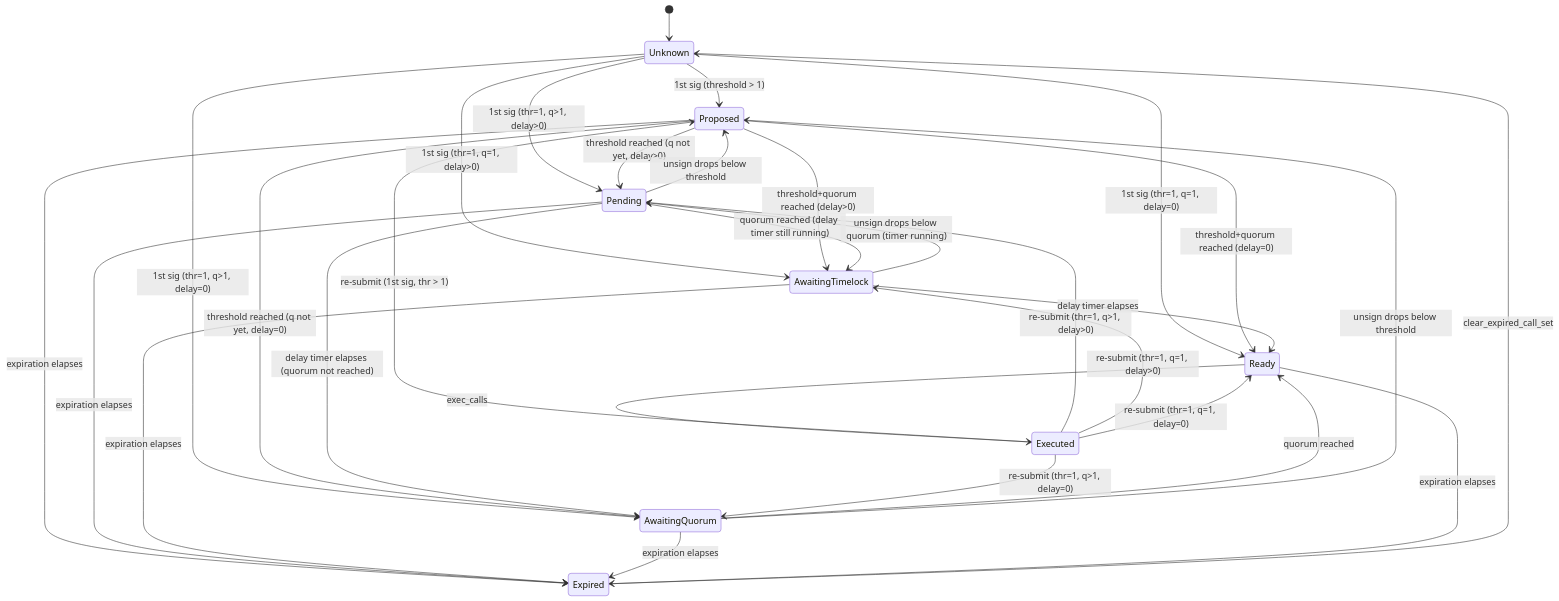
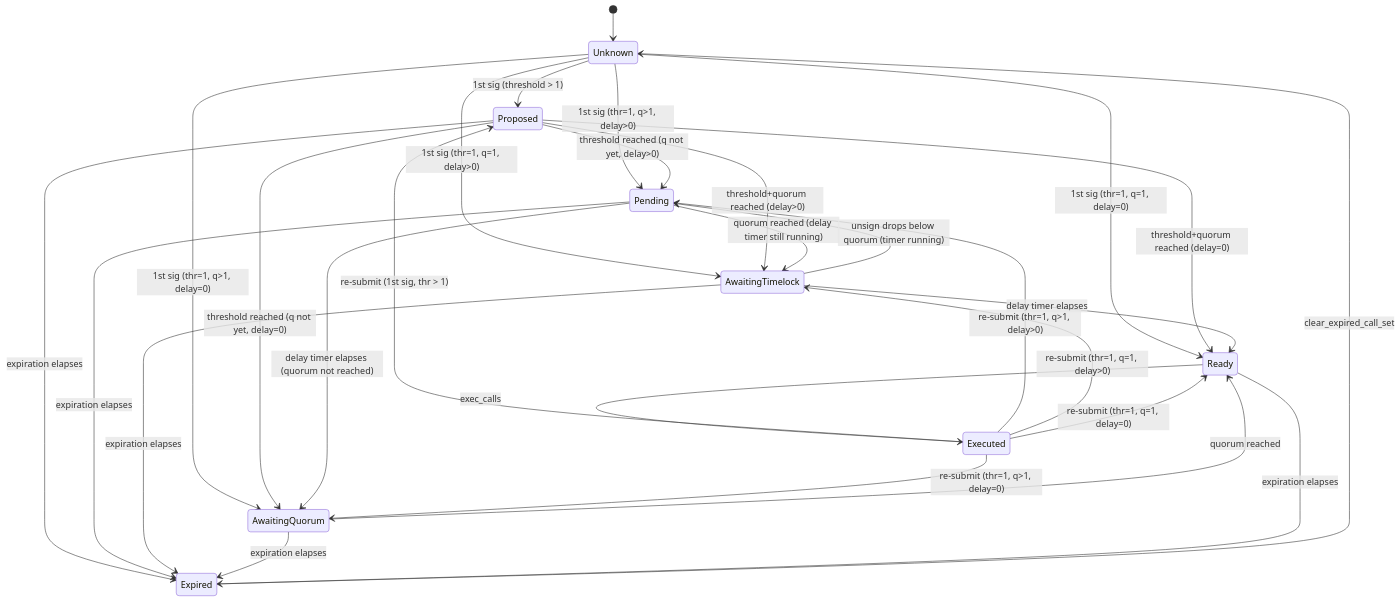
The second of 2 diagrams in packages/delayed_executor/docs/SPEC.md (starkware-libs/starkware-starknet-utils), drawn with Mermaid before and after one commit. The commit also changed other lines of this file and 14 other files, not shown here.

````diff
--- a/packages/delayed_executor/docs/SPEC.md
+++ b/packages/delayed_executor/docs/SPEC.md
@@ -166,38 +169,36 @@
 ```mermaid
 stateDiagram-v2
     [*] --> Unknown
     Unknown --> Proposed: 1st sig (threshold > 1)
     Unknown --> Pending: 1st sig (thr=1, q>1, delay>0)
     Unknown --> AwaitingQuorum: 1st sig (thr=1, q>1, delay=0)
     Unknown --> AwaitingTimelock: 1st sig (thr=1, q=1, delay>0)
     Unknown --> Ready: 1st sig (thr=1, q=1, delay=0)
 
     Proposed --> Pending: threshold reached (q not yet, delay>0)
     Proposed --> AwaitingQuorum: threshold reached (q not yet, delay=0)
     Proposed --> AwaitingTimelock: threshold+quorum reached (delay>0)
     Proposed --> Ready: threshold+quorum reached (delay=0)
 
     Pending --> AwaitingTimelock: quorum reached (delay timer still running)
     Pending --> AwaitingQuorum: delay timer elapses (quorum not reached)
     AwaitingTimelock --> Ready: delay timer elapses
     AwaitingQuorum --> Ready: quorum reached
 
     Ready --> Executed: exec_calls
     Executed --> Proposed: re-submit (1st sig, thr > 1)
     Executed --> Pending: re-submit (thr=1, q>1, delay>0)
     Executed --> AwaitingQuorum: re-submit (thr=1, q>1, delay=0)
     Executed --> AwaitingTimelock: re-submit (thr=1, q=1, delay>0)
     Executed --> Ready: re-submit (thr=1, q=1, delay=0)
 
     Proposed --> Expired: expiration elapses
     Pending --> Expired: expiration elapses
     AwaitingTimelock --> Expired: expiration elapses
     AwaitingQuorum --> Expired: expiration elapses
     Ready --> Expired: expiration elapses
 
     Expired --> Unknown: clear_expired_call_set
 
-    Pending --> Proposed: unsign drops below threshold
     AwaitingTimelock --> Pending: unsign drops below quorum (timer running)
-    AwaitingQuorum --> Proposed: unsign drops below threshold
 ```
````
